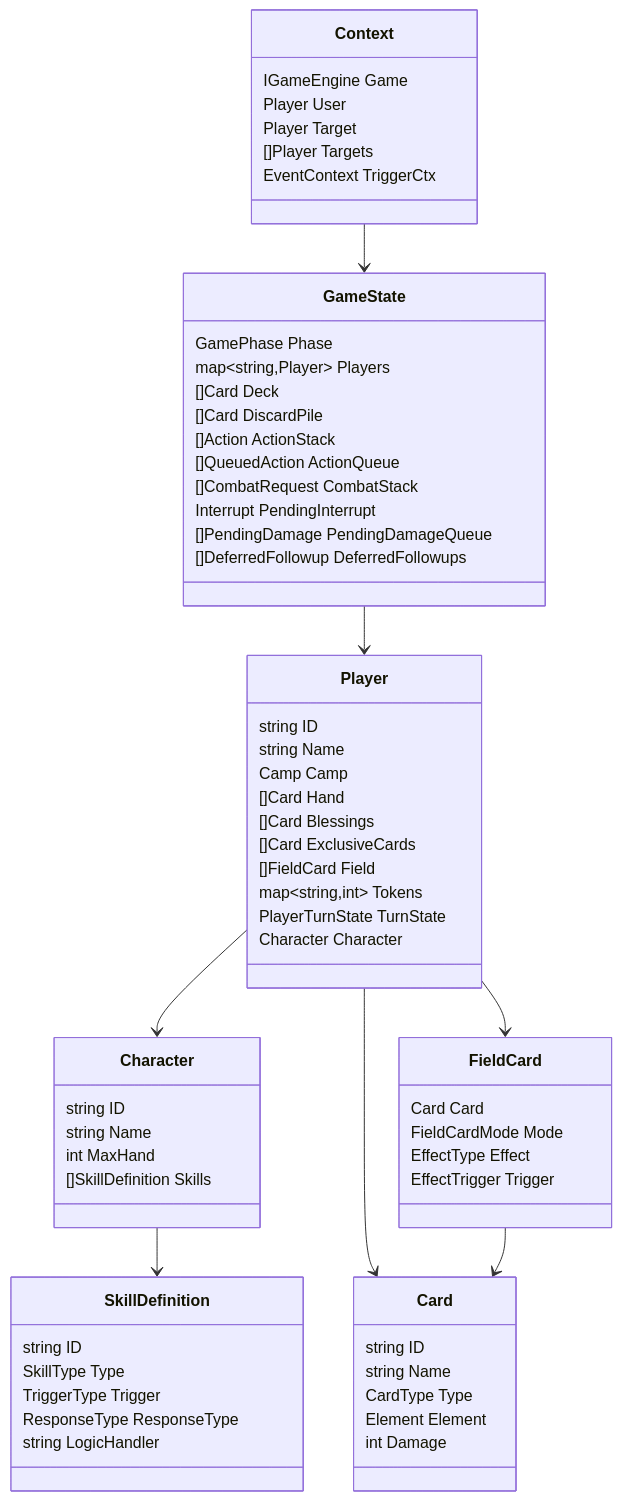
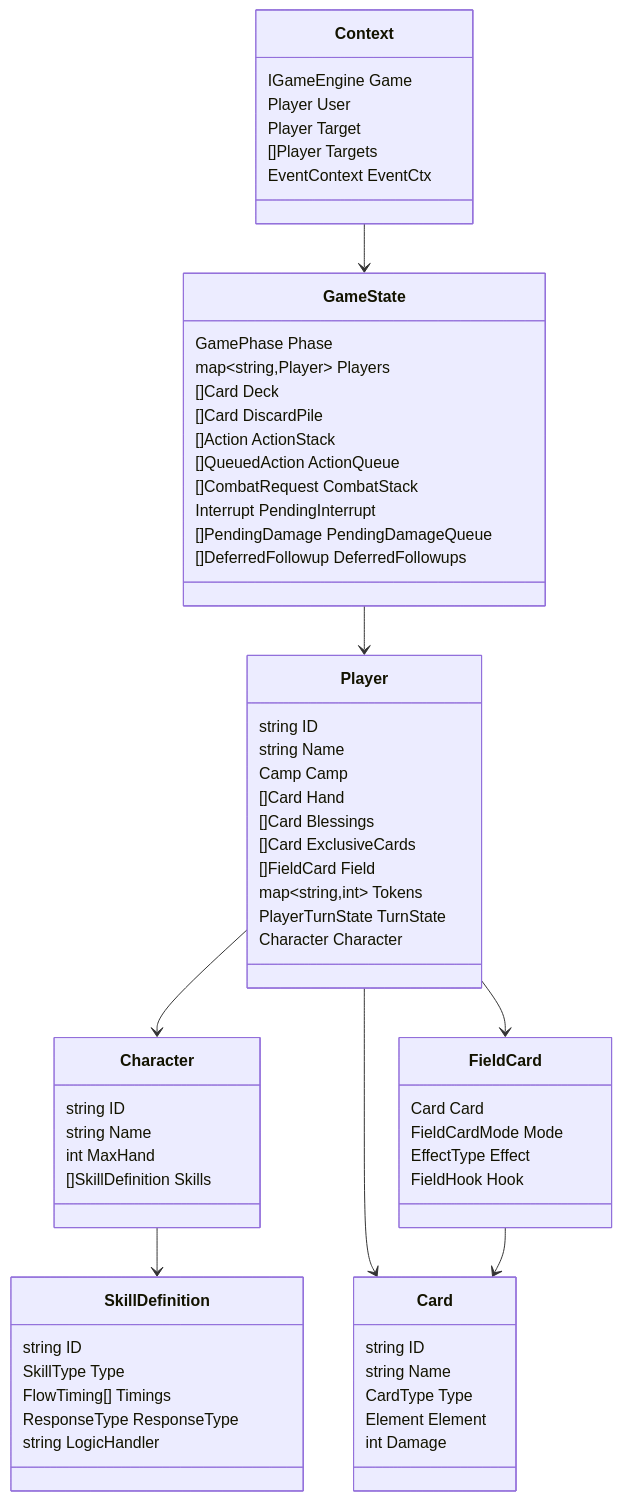
The diagram in CORE_DATA_MODEL.md (yb12138/xinbeichuangshuo), drawn with Mermaid before and after one commit. The commit also changed other lines of this file and 226 other files, not shown here.

Commit message:
refactor: Timing-first flow, engine docs, remove trigger naming

````diff
--- a/CORE_DATA_MODEL.md
+++ b/CORE_DATA_MODEL.md
@@ -269,74 +269,74 @@
 ```mermaid
 classDiagram
     class GameState {
       GamePhase Phase
       map~string,Player~ Players
       []Card Deck
       []Card DiscardPile
       []Action ActionStack
       []QueuedAction ActionQueue
       []CombatRequest CombatStack
       Interrupt PendingInterrupt
       []PendingDamage PendingDamageQueue
       []DeferredFollowup DeferredFollowups
     }
 
     class Player {
       string ID
       string Name
       Camp Camp
       []Card Hand
       []Card Blessings
       []Card ExclusiveCards
       []FieldCard Field
       map~string,int~ Tokens
       PlayerTurnState TurnState
       Character Character
     }
 
     class Character {
       string ID
       string Name
       int MaxHand
       []SkillDefinition Skills
     }
 
     class SkillDefinition {
       string ID
       SkillType Type
-      TriggerType Trigger
+      FlowTiming[] Timings
       ResponseType ResponseType
       string LogicHandler
     }
 
     class Card {
       string ID
       string Name
       CardType Type
       Element Element
       int Damage
     }
 
     class FieldCard {
       Card Card
       FieldCardMode Mode
       EffectType Effect
-      EffectTrigger Trigger
+      FieldHook Hook
     }
 
     class Context {
       IGameEngine Game
       Player User
       Player Target
       []Player Targets
-      EventContext TriggerCtx
+      EventContext EventCtx
     }
 
     GameState --> Player
     Player --> Character
     Character --> SkillDefinition
     Player --> Card
     Player --> FieldCard
     FieldCard --> Card
     Context --> GameState
 ```
````
